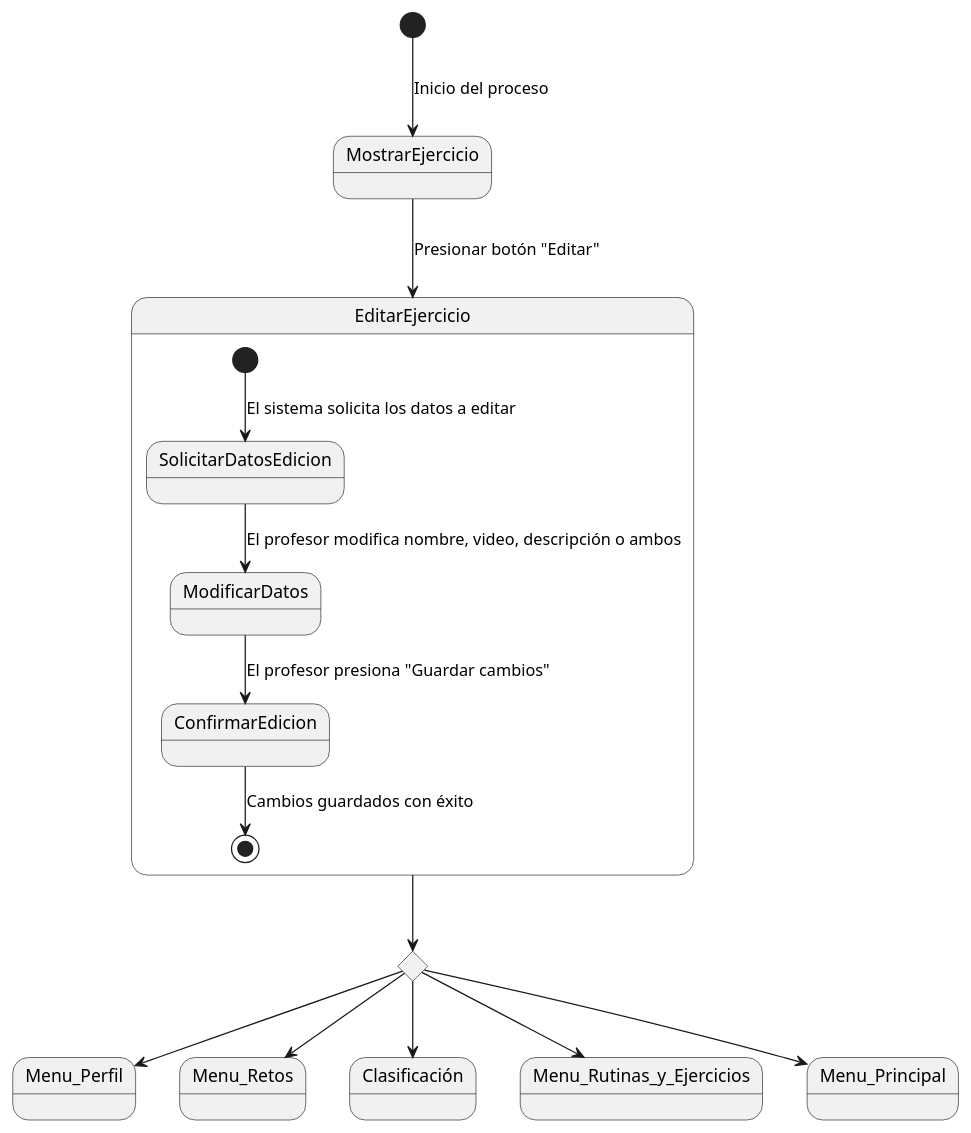
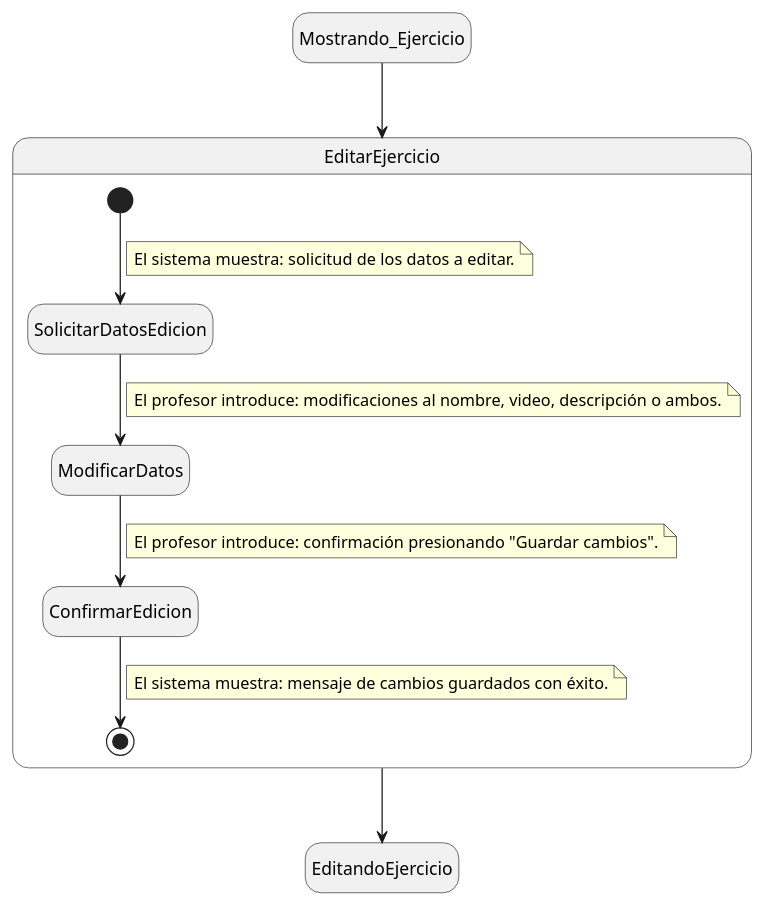
Before and after one commit to mmasias/24-25-IdSw1-SDR: the diagram in Documentos/DetallarCasosDeUso/Profesor/EditarEjercicio.puml, drawn with PlantUML. The commit also changed 1 other file, not shown here.

Commit message:
Editar Ejericicio

```diff
--- a/Documentos/DetallarCasosDeUso/Profesor/EditarEjercicio.puml
+++ b/Documentos/DetallarCasosDeUso/Profesor/EditarEjercicio.puml
@@ -1,18 +1,33 @@
-@startuml
-[*] --> MostrarEjercicio : Inicio del proceso
-state rombo <<choice>>
-rombo --> Menu_Perfil
-rombo --> Menu_Retos
-rombo --> Clasificación
-rombo --> Menu_Rutinas_y_Ejercicios
-rombo --> Menu_Principal
+@startuml EditarEjercicio
 
-MostrarEjercicio --> EditarEjercicio : Presionar botón "Editar"
-EditarEjercicio --> rombo
+hide empty description
+
+state Mostrando_Ejercicio
+state EditandoEjercicio
+
 state EditarEjercicio {
-  [*] --> SolicitarDatosEdicion : El sistema solicita los datos a editar
-  SolicitarDatosEdicion --> ModificarDatos : El profesor modifica nombre, video, descripción o ambos
-  ModificarDatos --> ConfirmarEdicion : El profesor presiona "Guardar cambios"
-  ConfirmarEdicion --> [*] : Cambios guardados con éxito
+  [*] --> SolicitarDatosEdicion
+  note on link
+      El sistema muestra: solicitud de los datos a editar.
+  end note
+
+  SolicitarDatosEdicion --> ModificarDatos
+  note on link
+      El profesor introduce: modificaciones al nombre, video, descripción o ambos.
+  end note
+
+  ModificarDatos --> ConfirmarEdicion
+  note on link
+      El profesor introduce: confirmación presionando "Guardar cambios".
+  end note
+
+  ConfirmarEdicion --> [*]
+  note on link
+      El sistema muestra: mensaje de cambios guardados con éxito.
+  end note
 }
+
+Mostrando_Ejercicio --> EditarEjercicio
+EditarEjercicio --> EditandoEjercicio
+
 @enduml
```
